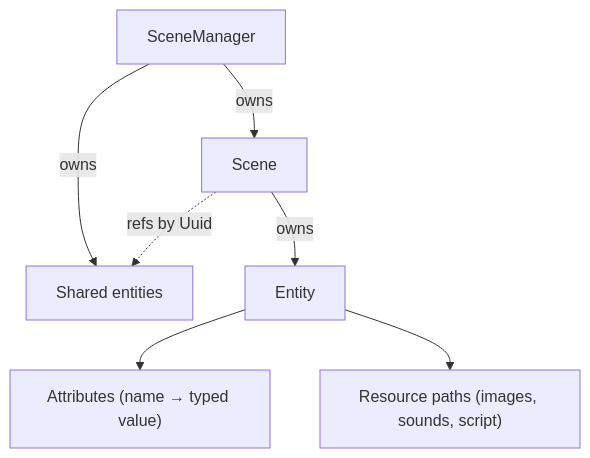
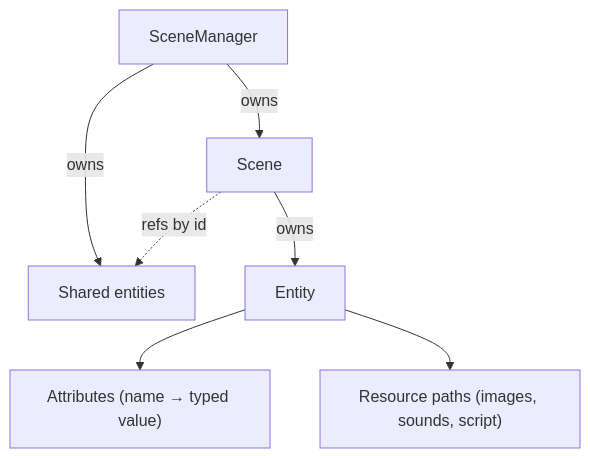
Before and after one commit to gh0stintheshe11/Rust-2D-Game-Engine: the diagram in docs/scene.md, drawn with Mermaid. The commit also changed other lines of this file and 13 other files, not shown here.

````diff
--- a/docs/scene.md
+++ b/docs/scene.md
@@ -22,9 +11,9 @@
 ```mermaid
 graph TD
     SM[SceneManager] -->|owns| SC[Scene]
     SM -->|owns| SH[Shared entities]
     SC -->|owns| E[Entity]
-    SC -.->|refs by Uuid| SH
+    SC -.->|refs by id| SH
     E --> A["Attributes (name → typed value)"]
     E --> R["Resource paths (images, sounds, script)"]
 ```
````
